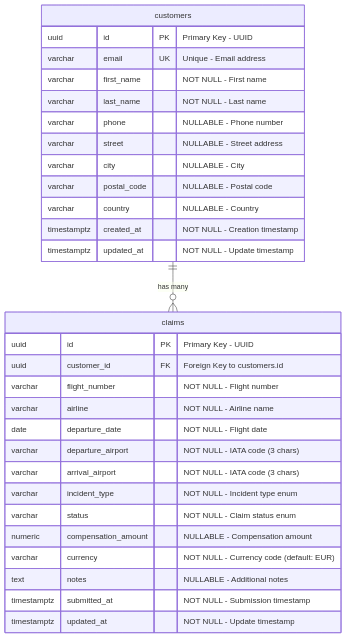
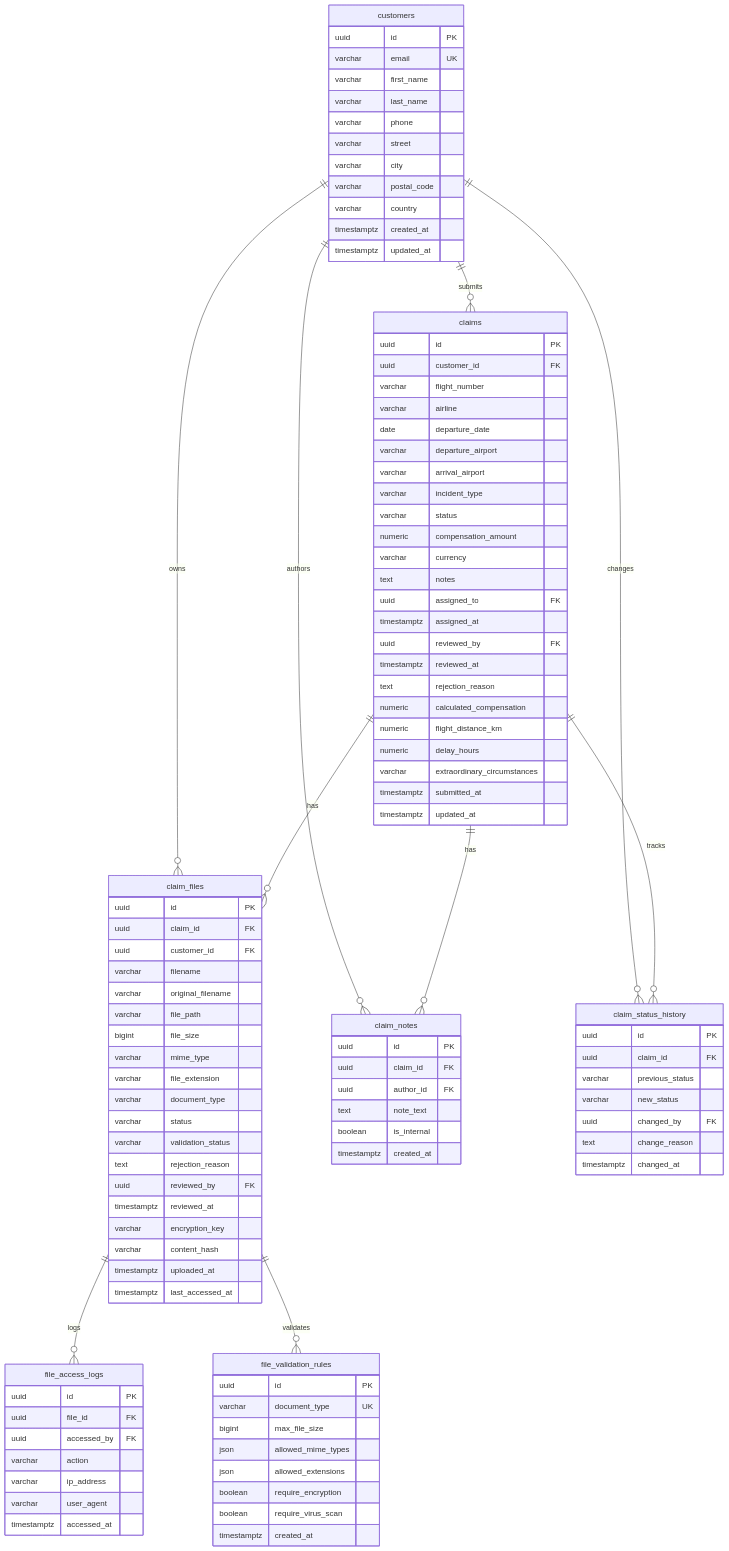
Before and after one commit to davidvv/claimplane-mcp: the diagram in docs/database-schema.md, drawn with Mermaid. The commit also changed other lines of this file and 4 other files, not shown here.

````diff
--- a/docs/database-schema.md
+++ b/docs/database-schema.md
@@ -11,35 +23,116 @@
 ```mermaid
 erDiagram
-    customers ||--o{ claims : "has many"
-    
+    customers ||--o{ claims : "submits"
+    customers ||--o{ claim_files : "owns"
+    customers ||--o{ claim_notes : "authors"
+    customers ||--o{ claim_status_history : "changes"
+
+    claims ||--o{ claim_files : "has"
+    claims ||--o{ claim_notes : "has"
+    claims ||--o{ claim_status_history : "tracks"
+
+    claim_files ||--o{ file_access_logs : "logs"
+    claim_files ||--o{ file_validation_rules : "validates"
+
     customers {
-        uuid id PK "Primary Key - UUID"
-        varchar email UK "Unique - Email address"
-        varchar first_name "NOT NULL - First name"
-        varchar last_name "NOT NULL - Last name"
-        varchar phone "NULLABLE - Phone number"
-        varchar street "NULLABLE - Street address"
-        varchar city "NULLABLE - City"
-        varchar postal_code "NULLABLE - Postal code"
-        varchar country "NULLABLE - Country"
-        timestamptz created_at "NOT NULL - Creation timestamp"
-        timestamptz updated_at "NOT NULL - Update timestamp"
+        uuid id PK
+        varchar email UK
+        varchar first_name
+        varchar last_name
+        varchar phone
+        varchar street
+        varchar city
+        varchar postal_code
+        varchar country
+        timestamptz created_at
+        timestamptz updated_at
     }
-    
+
     claims {
-        uuid id PK "Primary Key - UUID"
-        uuid customer_id FK "Foreign Key to customers.id"
-        varchar flight_number "NOT NULL - Flight number"
-        varchar airline "NOT NULL - Airline name"
-        date departure_date "NOT NULL - Flight date"
-        varchar departure_airport "NOT NULL - IATA code (3 chars)"
-        varchar arrival_airport "NOT NULL - IATA code (3 chars)"
-        varchar incident_type "NOT NULL - Incident type enum"
-        varchar status "NOT NULL - Claim status enum"
-        numeric compensation_amount "NULLABLE - Compensation amount"
-        varchar currency "NOT NULL - Currency code (default: EUR)"
-        text notes "NULLABLE - Additional notes"
-        timestamptz submitted_at "NOT NULL - Submission timestamp"
-        timestamptz updated_at "NOT NULL - Update timestamp"
+        uuid id PK
+        uuid customer_id FK
+        varchar flight_number
+        varchar airline
+        date departure_date
+        varchar departure_airport
+        varchar arrival_airport
+        varchar incident_type
+        varchar status
+        numeric compensation_amount
+        varchar currency
+        text notes
+        uuid assigned_to FK
+        timestamptz assigned_at
+        uuid reviewed_by FK
+        timestamptz reviewed_at
+        text rejection_reason
+        numeric calculated_compensation
+        numeric flight_distance_km
+        numeric delay_hours
+        varchar extraordinary_circumstances
+        timestamptz submitted_at
+        timestamptz updated_at
+    }
+
+    claim_notes {
+        uuid id PK
+        uuid claim_id FK
+        uuid author_id FK
+        text note_text
+        boolean is_internal
+        timestamptz created_at
+    }
+
+    claim_status_history {
+        uuid id PK
+        uuid claim_id FK
+        varchar previous_status
+        varchar new_status
+        uuid changed_by FK
+        text change_reason
+        timestamptz changed_at
+    }
+
+    claim_files {
+        uuid id PK
+        uuid claim_id FK
+        uuid customer_id FK
+        varchar filename
+        varchar original_filename
+        varchar file_path
+        bigint file_size
+        varchar mime_type
+        varchar file_extension
+        varchar document_type
+        varchar status
+        varchar validation_status
+        text rejection_reason
+        uuid reviewed_by FK
+        timestamptz reviewed_at
+        varchar encryption_key
+        varchar content_hash
+        timestamptz uploaded_at
+        timestamptz last_accessed_at
+    }
+
+    file_access_logs {
+        uuid id PK
+        uuid file_id FK
+        uuid accessed_by FK
+        varchar action
+        varchar ip_address
+        varchar user_agent
+        timestamptz accessed_at
+    }
+
+    file_validation_rules {
+        uuid id PK
+        varchar document_type UK
+        bigint max_file_size
+        json allowed_mime_types
+        json allowed_extensions
+        boolean require_encryption
+        boolean require_virus_scan
+        timestamptz created_at
     }
 ```
````
